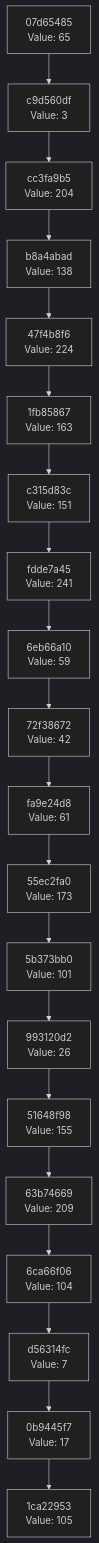
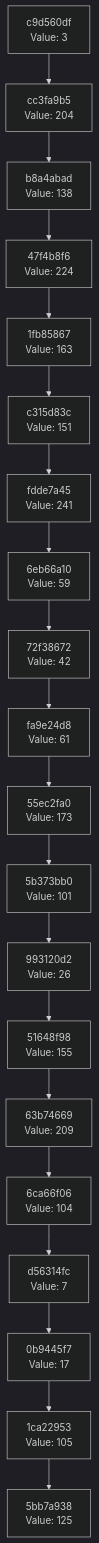
Before and after one commit to Abhisheksinha1506/hash-chain-evolver: the diagram in docs/CHAIN_VISUALIZATION.md, drawn with Mermaid (dark theme). The commit also changed 2 other files, not shown here.

Commit message:
Evolution Step

````diff
--- a/docs/CHAIN_VISUALIZATION.md
+++ b/docs/CHAIN_VISUALIZATION.md
@@ -3,42 +3,42 @@
 ```mermaid
 graph TD
-    C0["1ca22953<br/>Value: 105"]
-    C1["0b9445f7<br/>Value: 17"]
+    C0["5bb7a938<br/>Value: 125"]
+    C1["1ca22953<br/>Value: 105"]
     C1 --> C0
-    C2["d56314fc<br/>Value: 7"]
+    C2["0b9445f7<br/>Value: 17"]
     C2 --> C1
-    C3["6ca66f06<br/>Value: 104"]
+    C3["d56314fc<br/>Value: 7"]
     C3 --> C2
-    C4["63b74669<br/>Value: 209"]
+    C4["6ca66f06<br/>Value: 104"]
     C4 --> C3
-    C5["51648f98<br/>Value: 155"]
+    C5["63b74669<br/>Value: 209"]
     C5 --> C4
-    C6["993120d2<br/>Value: 26"]
+    C6["51648f98<br/>Value: 155"]
     C6 --> C5
-    C7["5b373bb0<br/>Value: 101"]
+    C7["993120d2<br/>Value: 26"]
     C7 --> C6
-    C8["55ec2fa0<br/>Value: 173"]
+    C8["5b373bb0<br/>Value: 101"]
     C8 --> C7
-    C9["fa9e24d8<br/>Value: 61"]
+    C9["55ec2fa0<br/>Value: 173"]
     C9 --> C8
-    C10["72f38672<br/>Value: 42"]
+    C10["fa9e24d8<br/>Value: 61"]
     C10 --> C9
-    C11["6eb66a10<br/>Value: 59"]
+    C11["72f38672<br/>Value: 42"]
     C11 --> C10
-    C12["fdde7a45<br/>Value: 241"]
+    C12["6eb66a10<br/>Value: 59"]
     C12 --> C11
-    C13["c315d83c<br/>Value: 151"]
+    C13["fdde7a45<br/>Value: 241"]
     C13 --> C12
-    C14["1fb85867<br/>Value: 163"]
+    C14["c315d83c<br/>Value: 151"]
     C14 --> C13
-    C15["47f4b8f6<br/>Value: 224"]
+    C15["1fb85867<br/>Value: 163"]
     C15 --> C14
-    C16["b8a4abad<br/>Value: 138"]
+    C16["47f4b8f6<br/>Value: 224"]
     C16 --> C15
-    C17["cc3fa9b5<br/>Value: 204"]
+    C17["b8a4abad<br/>Value: 138"]
     C17 --> C16
-    C18["c9d560df<br/>Value: 3"]
+    C18["cc3fa9b5<br/>Value: 204"]
     C18 --> C17
-    C19["07d65485<br/>Value: 65"]
+    C19["c9d560df<br/>Value: 3"]
     C19 --> C18
 ```
````
